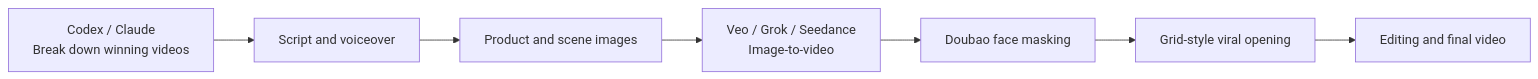
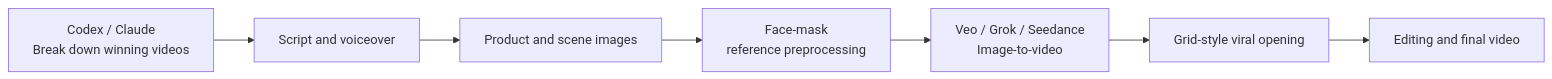
One commit to Longxiaohao/AIvideo changed the diagram in README.en.md. Above: the diagram before and after it, drawn with Mermaid. The commit also changed other lines of this file and 9 other files, not shown here.

Commit message:
Add face-mask and complex-product workflow modules

````diff
--- a/README.en.md
+++ b/README.en.md
@@ -32,9 +32,9 @@
 ```mermaid
 flowchart LR
     A["Codex / Claude<br/>Break down winning videos"] --> B["Script and voiceover"]
     B --> C["Product and scene images"]
-    C --> D["Veo / Grok / Seedance<br/>Image-to-video"]
-    D --> E["Doubao face masking"]
+    C --> D["Face-mask<br/>reference preprocessing"]
+    D --> E["Veo / Grok / Seedance<br/>Image-to-video"]
     E --> F["Grid-style viral opening"]
     F --> G["Editing and final video"]
 ```
````
